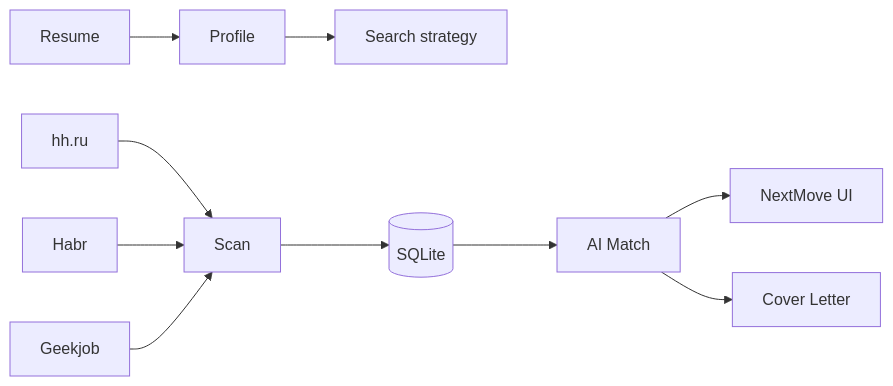
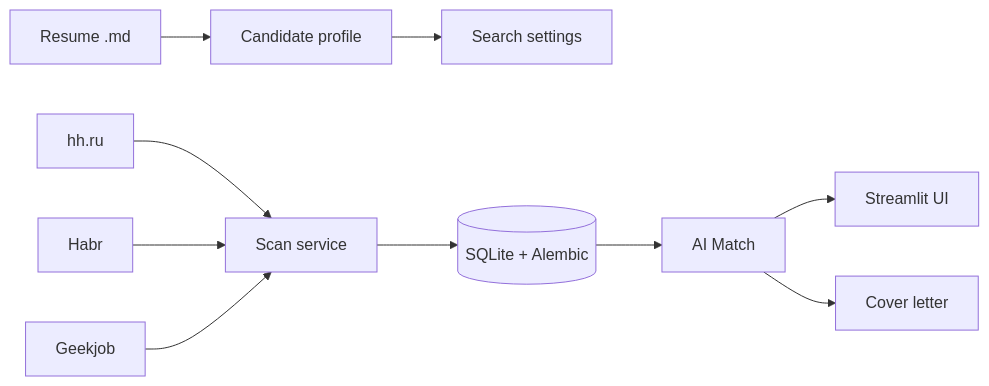
The diagram in README.md (addito-5G/job-scout), drawn with Mermaid before and after one commit. The commit also changed other lines of this file and 98 other files, not shown here.

First line of the commit message:
Refactor architecture, add Alembic migrations, and rewrite README.

````diff
--- a/README.md
+++ b/README.md
@@ -74,12 +62,12 @@
 ```mermaid
 flowchart LR
-    R[Resume] --> P[Profile]
-    P --> S[Search strategy]
-    HH[hh.ru] --> SC[Scan]
+    R[Resume .md] --> P[Candidate profile]
+    P --> S[Search settings]
+    HH[hh.ru] --> SC[Scan service]
     HB[Habr] --> SC
     GJ[Geekjob] --> SC
-    SC --> DB[(SQLite)]
+    SC --> DB[(SQLite + Alembic)]
     DB --> M[AI Match]
-    M --> UI[NextMove UI]
-    M --> CL[Cover Letter]
+    M --> UI[Streamlit UI]
+    M --> CL[Cover letter]
 ```
````
